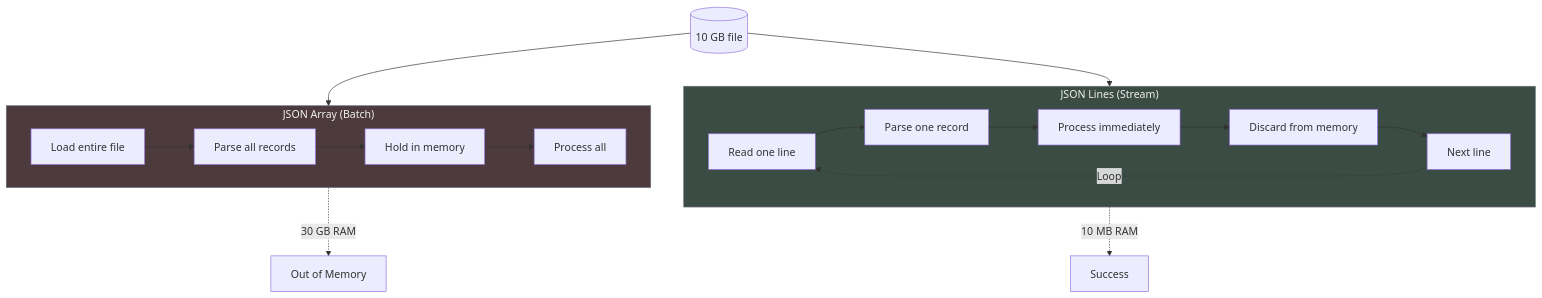
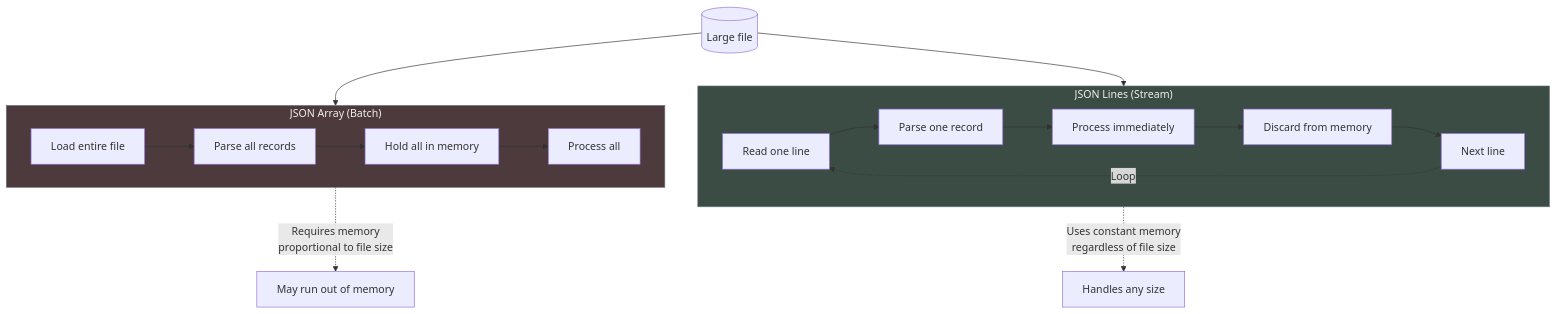
Before and after one commit to blackwell-systems/blog: the third of 3 diagrams in content/posts/you-dont-know-json-part-5-json-lines.md, drawn with Mermaid. The commit also changed other lines of this file, not shown here.

```diff
--- a/content/posts/you-dont-know-json-part-5-json-lines.md
+++ b/content/posts/you-dont-know-json-part-5-json-lines.md
@@ -1374,31 +1347,31 @@
 {{< mermaid >}}
 flowchart TB
     subgraph batch["JSON Array (Batch)"]
         load[Load entire file]
         parse[Parse all records]
-        mem[Hold in memory]
+        mem[Hold all in memory]
         proc[Process all]
         
         load --> parse --> mem --> proc
     end
     
     subgraph stream["JSON Lines (Stream)"]
         read[Read one line]
         parse2[Parse one record]
         proc2[Process immediately]
         discard[Discard from memory]
         next[Next line]
         
         read --> parse2 --> proc2 --> discard --> next
         next -.Loop.-> read
     end
     
-    file[(10 GB file)] --> batch
+    file[(Large file)] --> batch
     file --> stream
     
-    batch -.30 GB RAM.-> oom[Out of Memory]
-    stream -.10 MB RAM.-> success[Success]
+    batch -.Requires memory<br/>proportional to file size.-> risk[May run out of memory]
+    stream -.Uses constant memory<br/>regardless of file size.-> success[Handles any size]
     
     style batch fill:#4C3A3C,stroke:#6b7280,color:#f0f0f0
     style stream fill:#3A4C43,stroke:#6b7280,color:#f0f0f0
 {{< /mermaid >}}
```
